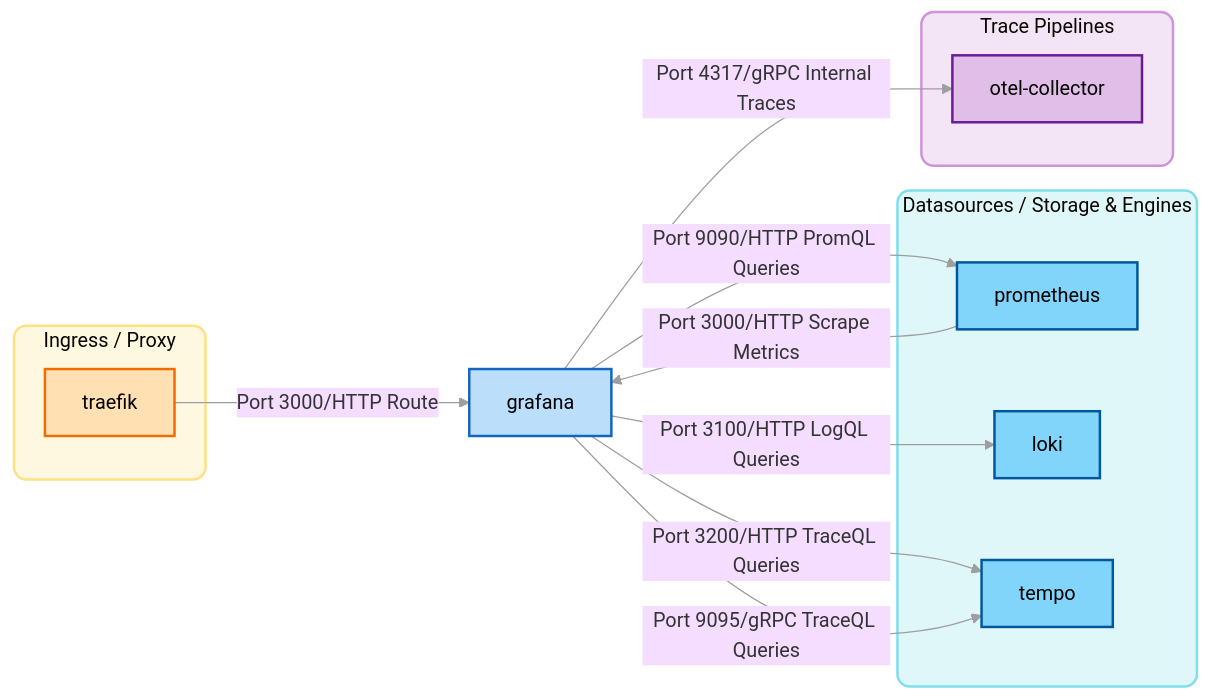
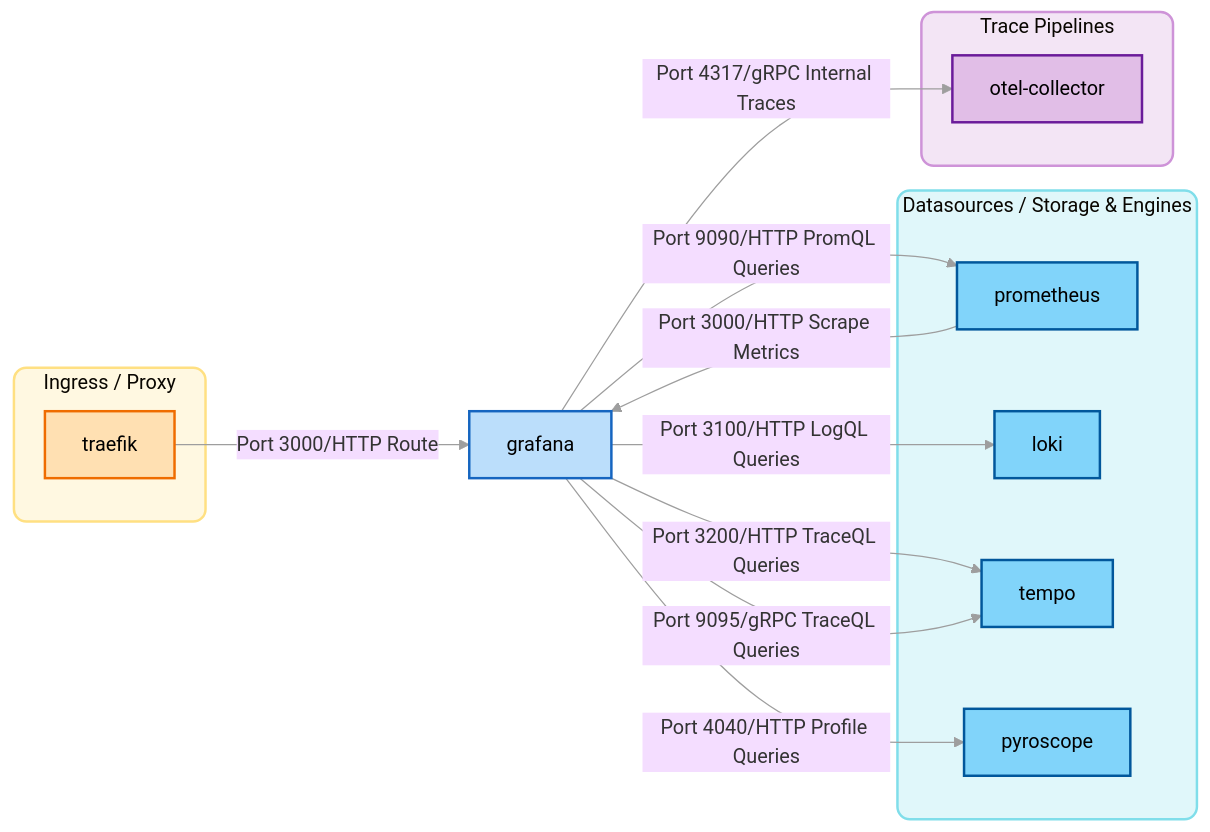
The diagram in mermaid/grafana-detailed-diagram.mmd (tedsluis/monitoring), drawn with Mermaid before and after one commit. The commit also changed 23 other files, not shown here.

Commit message:
added mermaid diagrams, screenshots, comments and index tiles.

```diff
--- a/mermaid/grafana-detailed-diagram.mmd
+++ b/mermaid/grafana-detailed-diagram.mmd
@@ -1,43 +1,45 @@
 %%{init: {'theme': 'base', 'themeVariables': { 'lineColor': '#9e9e9e' }}}%%
 flowchart LR
   %% Native Mermaid Styling (No HTML) - Node Classes
   classDef uiNode fill:#bbdefb,stroke:#1565c0,stroke-width:2px,color:#000000;
   classDef obsNode fill:#81d4fa,stroke:#01579b,stroke-width:2px,color:#000000;
   classDef proxyNode fill:#ffe0b2,stroke:#ef6c00,stroke-width:2px,color:#000000;
   classDef collectNode fill:#e1bee7,stroke:#6a1b9a,stroke-width:2px,color:#000000;
 
   %% Core Engine
   grafana[grafana]:::uiNode
 
   %% Grouped Components
   subgraph Ingress [Ingress / Proxy]
     traefik[traefik]:::proxyNode
   end
 
   subgraph Observability [Datasources / Storage & Engines]
     prometheus[prometheus]:::obsNode
     loki[loki]:::obsNode
     tempo[tempo]:::obsNode
+    pyroscope[pyroscope]:::obsNode
   end
 
   subgraph Pipelines [Trace Pipelines]
     otel_collector[otel-collector]:::collectNode
   end
 
   %% Ingress Routing
   traefik -->|Port 3000/HTTP Route| grafana
 
   %% Grafana Queries to Datasources
   grafana -->|Port 9090/HTTP PromQL Queries| prometheus
   grafana -->|Port 3100/HTTP LogQL Queries| loki
   grafana -->|Port 3200/HTTP TraceQL Queries| tempo
   grafana -->|Port 9095/gRPC TraceQL Queries| tempo
+  grafana -->|Port 4040/HTTP Profile Queries| pyroscope
 
   %% Grafana Internal Traces & Metrics
   grafana -->|Port 4317/gRPC Internal Traces| otel_collector
   prometheus -->|Port 3000/HTTP Scrape Metrics| grafana
 
   %% Subgraph Styling (Background blocks)
   style Ingress fill:#fff8e1,stroke:#ffe082,stroke-width:2px,rx:10,ry:10
   style Observability fill:#e0f7fa,stroke:#80deea,stroke-width:2px,rx:10,ry:10
   style Pipelines fill:#f3e5f5,stroke:#ce93d8,stroke-width:2px,rx:10,ry:10
```
